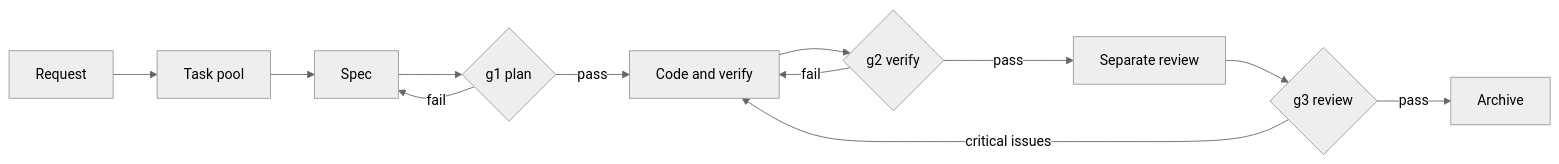
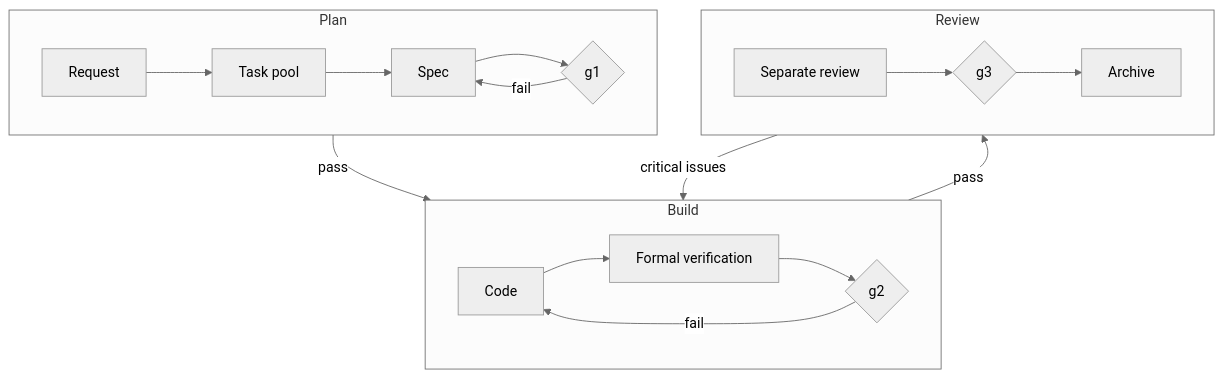
Before and after one commit to Alan-IFT/ai-harness-scaffold: the first of 2 diagrams in README.en.md, drawn with Mermaid (neutral theme). The commit also changed 1 other file, not shown here.

Commit message:
docs: group the README workflow diagram into stages

````diff
--- a/README.en.md
+++ b/README.en.md
@@ -40,14 +40,20 @@
 ```mermaid
-flowchart LR
-    A["Request"] --> B["Task pool"]
-    B --> C["Spec"]
-    C --> G1{"g1 plan"}
-    G1 -- fail --> C
-    G1 -- pass --> D["Code and verify"]
-    D --> G2{"g2 verify"}
-    G2 -- fail --> D
-    G2 -- pass --> R["Separate review"]
-    R --> G3{"g3 review"}
-    G3 -- critical issues --> D
-    G3 -- pass --> E["Archive"]
+flowchart TB
+    subgraph P1["Plan"]
+        direction LR
+        A["Request"] --> B["Task pool"] --> C["Spec"] --> G1{"g1"}
+        G1 -- fail --> C
+    end
+    subgraph P2["Build"]
+        direction LR
+        D["Code"] --> V["Formal verification"] --> G2{"g2"}
+        G2 -- fail --> D
+    end
+    subgraph P3["Review"]
+        direction LR
+        R["Separate review"] --> G3{"g3"} --> E["Archive"]
+    end
+    P1 -- pass --> P2
+    P2 -- pass --> P3
+    P3 -- critical issues --> P2
 ```
````
